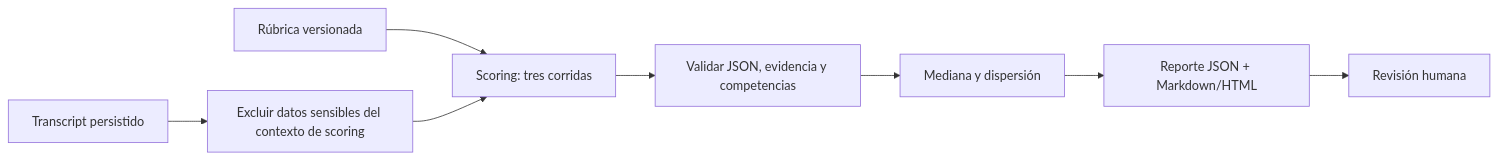
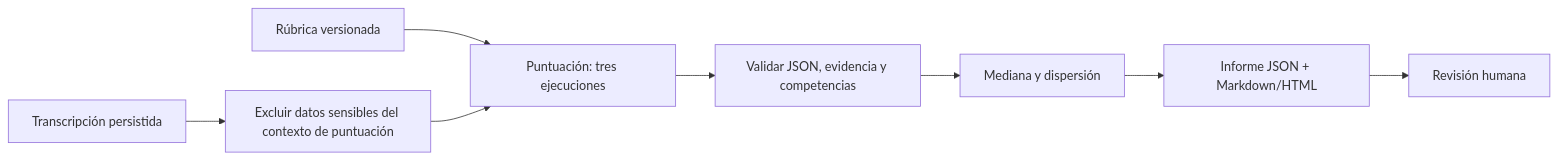
One commit to sebastianbasadre/ai-interviewer changed the second of 2 diagrams in docs/ARCHITECTURE.md. Above: the diagram before and after it, drawn with Mermaid. The commit also changed other lines of this file and 56 other files, not shown here.

````diff
--- a/docs/ARCHITECTURE.md
+++ b/docs/ARCHITECTURE.md
@@ -47,10 +52,10 @@
 ```mermaid
 flowchart LR
-    T[Transcript persistido] --> F[Excluir datos sensibles del contexto de scoring]
-    R[Rúbrica versionada] --> S[Scoring: tres corridas]
+    T[Transcripción persistida] --> F[Excluir datos sensibles del contexto de puntuación]
+    R[Rúbrica versionada] --> S[Puntuación: tres ejecuciones]
     F --> S
     S --> V[Validar JSON, evidencia y competencias]
     V --> M[Mediana y dispersión]
-    M --> H[Reporte JSON + Markdown/HTML]
+    M --> H[Informe JSON + Markdown/HTML]
     H --> P[Revisión humana]
 ```
````
